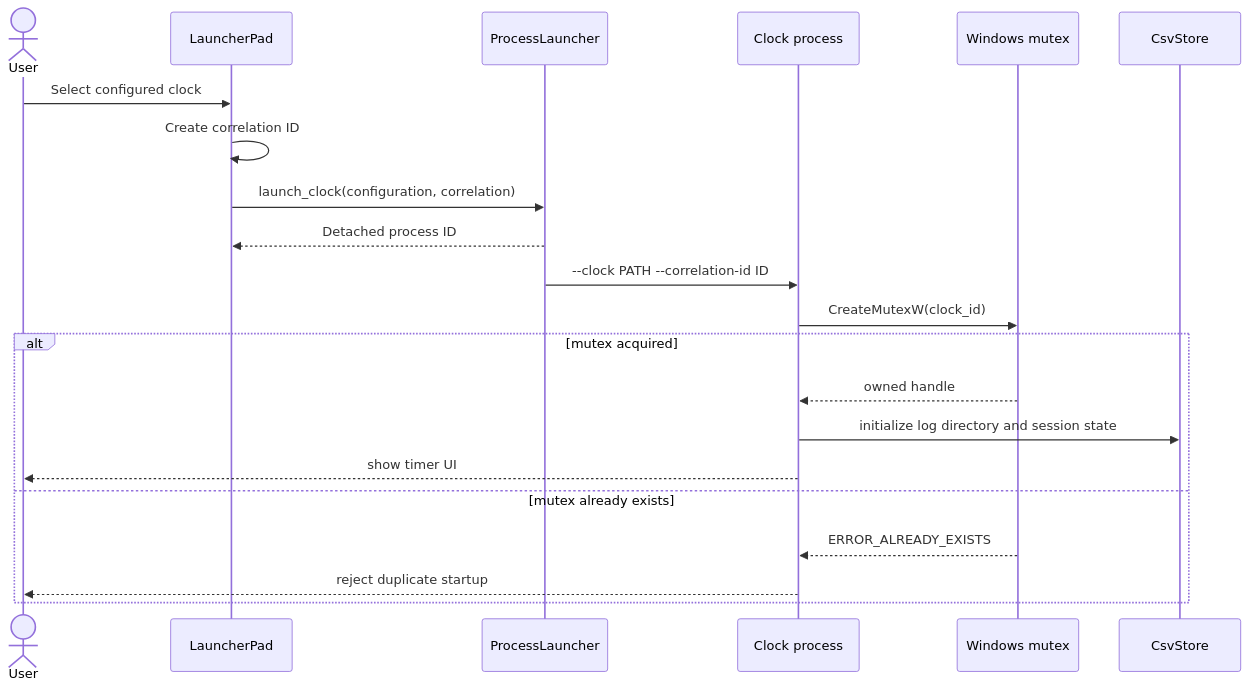
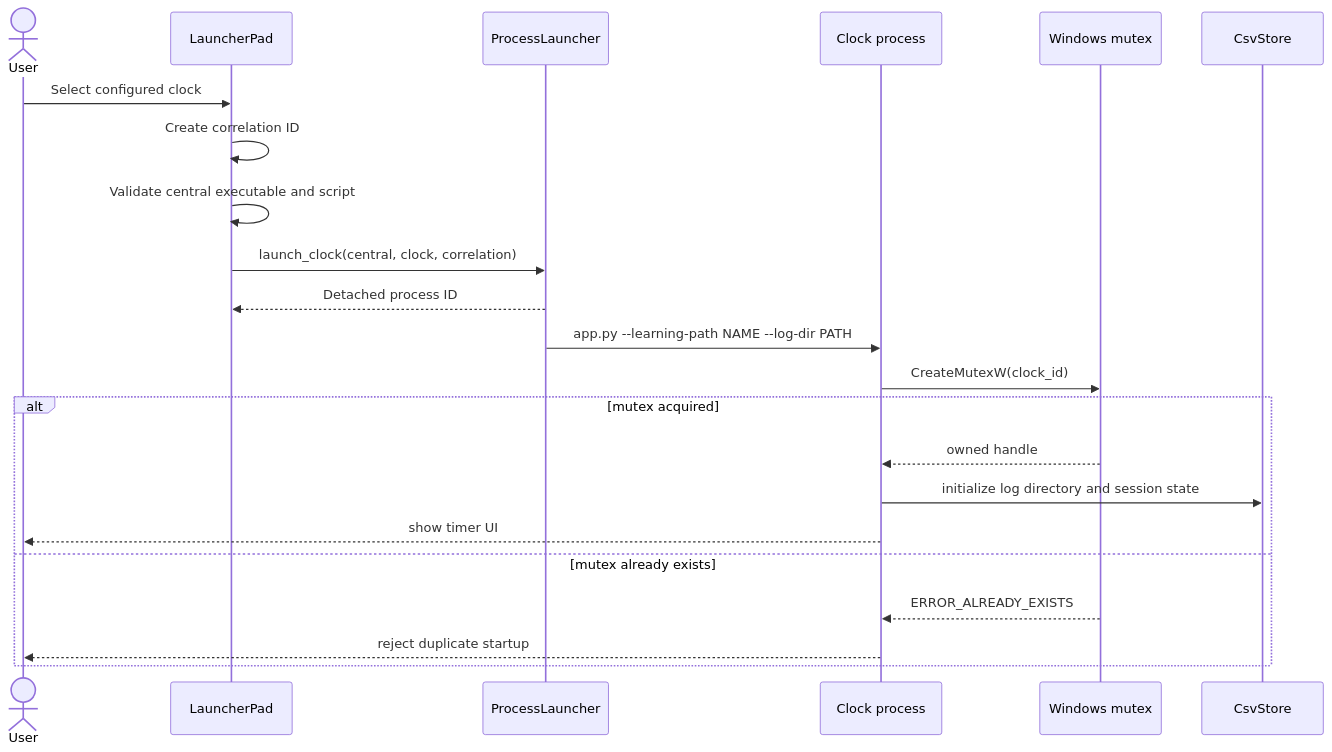
Before and after one commit to javaboy-vk/LearningClock: the third of 6 diagrams in diavgeia/LearningClock/6.0/Architecture/Diagrams.md, drawn with Mermaid. The commit also changed other lines of this file and 56 other files, not shown here.

````diff
--- a/diavgeia/LearningClock/6.0/Architecture/Diagrams.md
+++ b/diavgeia/LearningClock/6.0/Architecture/Diagrams.md
@@ -41,23 +45,24 @@
 ```mermaid
 sequenceDiagram
     actor User
     participant LP as LauncherPad
     participant PL as ProcessLauncher
     participant Clock as Clock process
     participant Mutex as Windows mutex
     participant CSV as CsvStore
     User->>LP: Select configured clock
     LP->>LP: Create correlation ID
-    LP->>PL: launch_clock(configuration, correlation)
+    LP->>LP: Validate central executable and script
+    LP->>PL: launch_clock(central, clock, correlation)
     PL-->>LP: Detached process ID
-    PL->>Clock: --clock PATH --correlation-id ID
+    PL->>Clock: app.py --learning-path NAME --log-dir PATH
     Clock->>Mutex: CreateMutexW(clock_id)
     alt mutex acquired
         Mutex-->>Clock: owned handle
         Clock->>CSV: initialize log directory and session state
         Clock-->>User: show timer UI
     else mutex already exists
         Mutex-->>Clock: ERROR_ALREADY_EXISTS
         Clock-->>User: reject duplicate startup
     end
 ```
````
